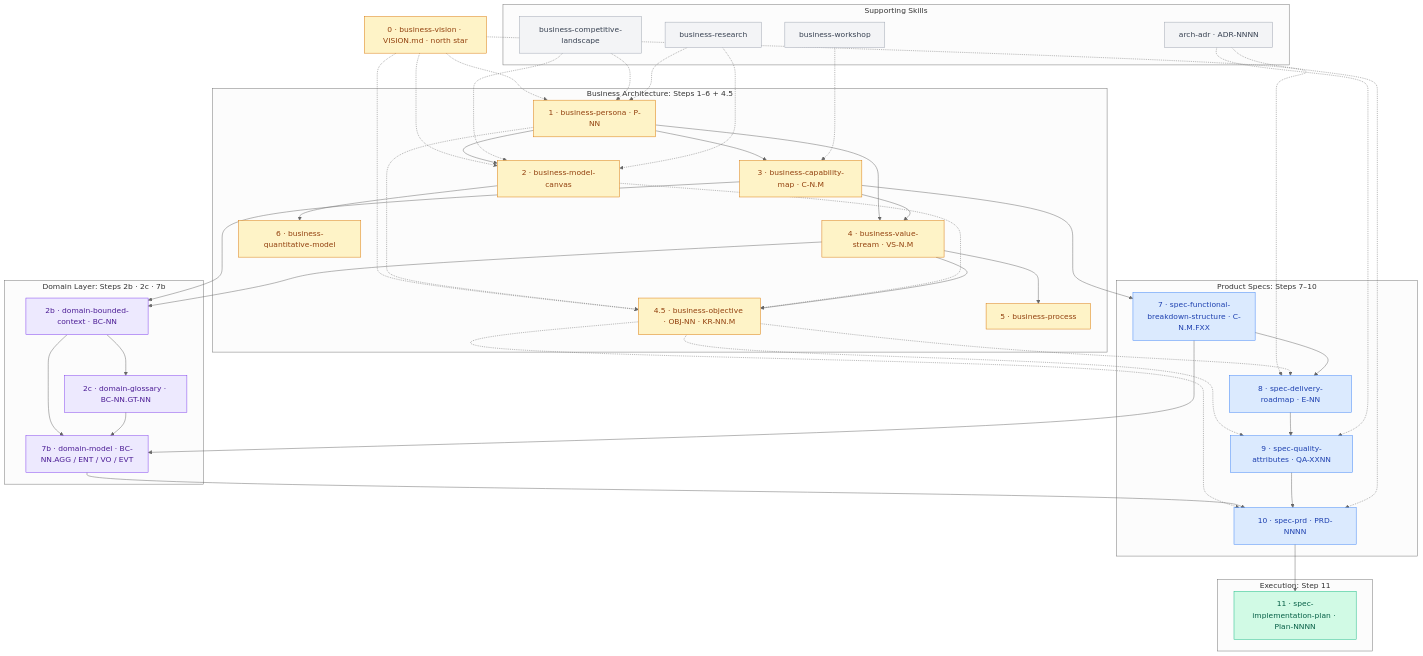
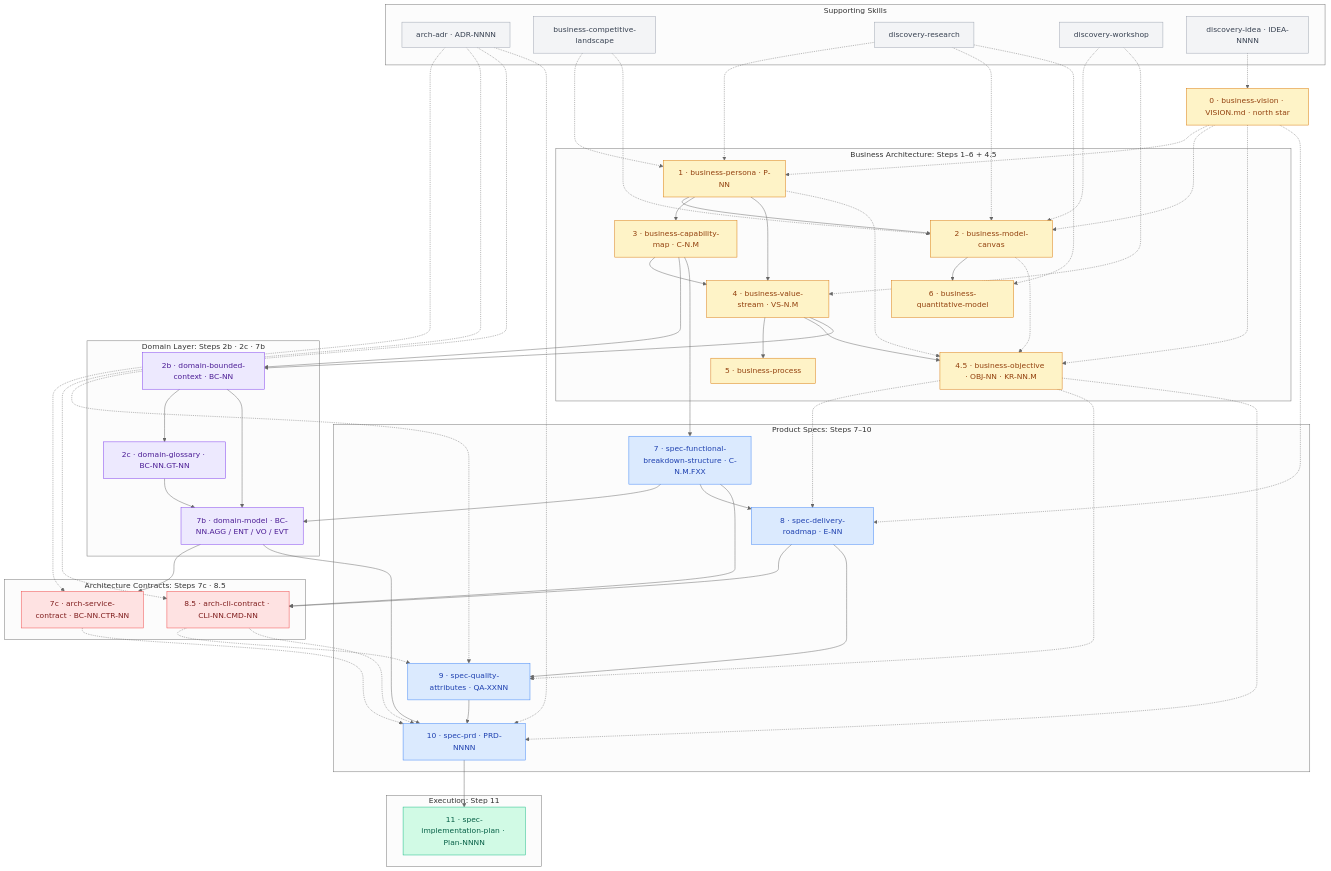
The first of 2 diagrams in README.md (VictorHueni/clew), drawn with Mermaid (neutral theme) before and after one commit. The commit also changed other lines of this file, not shown here.

First line of the commit message:
docs(readme): sync metamodel to Steps 7c + 8.5 + fix discovery skill names

````diff
--- a/README.md
+++ b/README.md
@@ -39,6 +39,7 @@
     classDef specs    fill:#DBEAFE,stroke:#3B82F6,color:#1E40AF
     classDef delivery fill:#D1FAE5,stroke:#10B981,color:#065F46
     classDef support  fill:#F3F4F6,stroke:#9CA3AF,color:#374151
+    classDef arch     fill:#FEE2E2,stroke:#EF4444,color:#7F1D1D
 
     S0["0 · business-vision · VISION.md · north star"]:::business
 
@@ -65,6 +66,11 @@
         S10["10 · spec-prd · PRD-NNNN"]:::specs
     end
 
+    subgraph ARCH["Architecture Contracts: Steps 7c · 8.5"]
+        S7c["7c · arch-service-contract · BC-NN.CTR-NN"]:::arch
+        S8_5["8.5 · arch-cli-contract · CLI-NN.CMD-NN"]:::arch
+    end
+
     subgraph EX["Execution: Step 11"]
         S11["11 · spec-implementation-plan · Plan-NNNN"]:::delivery
     end
@@ -72,8 +78,9 @@
     subgraph SUP["Supporting Skills"]
         ADR["arch-adr · ADR-NNNN"]:::support
         CL["business-competitive-landscape"]:::support
-        RES["business-research"]:::support
-        WS["business-workshop"]:::support
+        RES["discovery-research"]:::support
+        WS["discovery-workshop"]:::support
+        IDX["discovery-idea · IDEA-NNNN"]:::support
     end
 
     S0 -.-> S1
@@ -99,16 +106,27 @@
     S3 --> S7
     S7 --> S7b
     S2c --> S7b
+    S7b --> S7c
     S7 --> S8
+    S7 --> S8_5
+    S8 --> S8_5
     S7b --> S10
     S8 --> S9
+    S8_5 -.-> S9
+    S8_5 -.-> S10
+    S7c -.-> S10
     S9 --> S10
     S10 --> S11
+    ADR -.-> S7c
+    ADR -.-> S8_5
     ADR -.-> S9
     ADR -.-> S10
     CL -.-> S1
     CL -.-> S2
     RES -.-> S1
     RES -.-> S2
-    WS -.-> S3
+    RES -.-> S6
+    WS -.-> S2
+    WS -.-> S4
+    IDX -.-> S0
 ```
````
